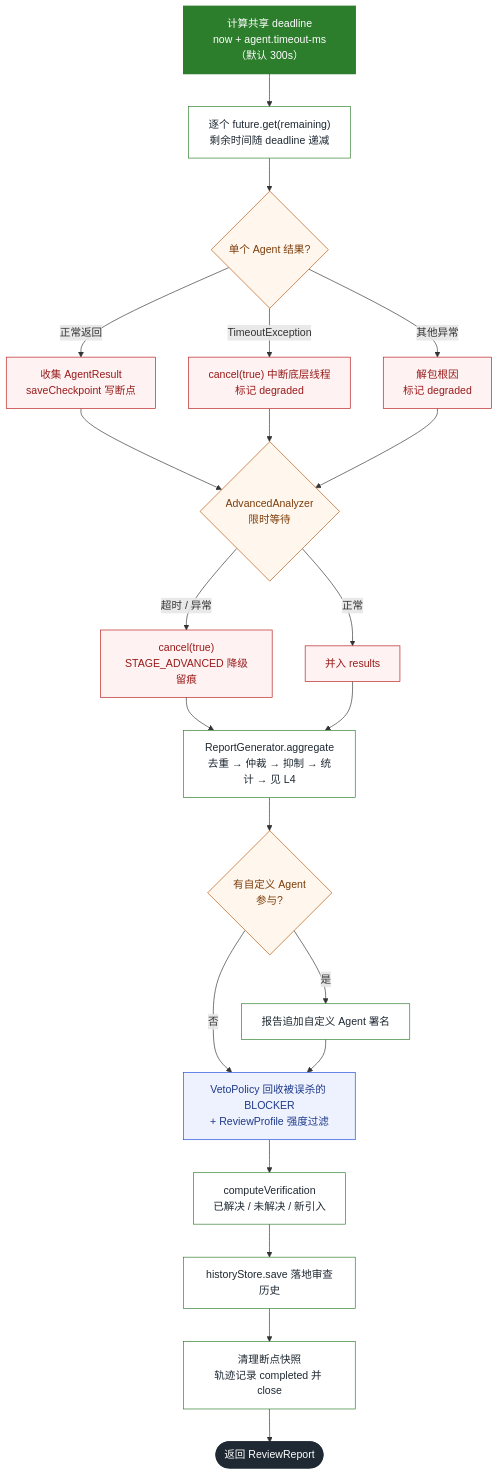
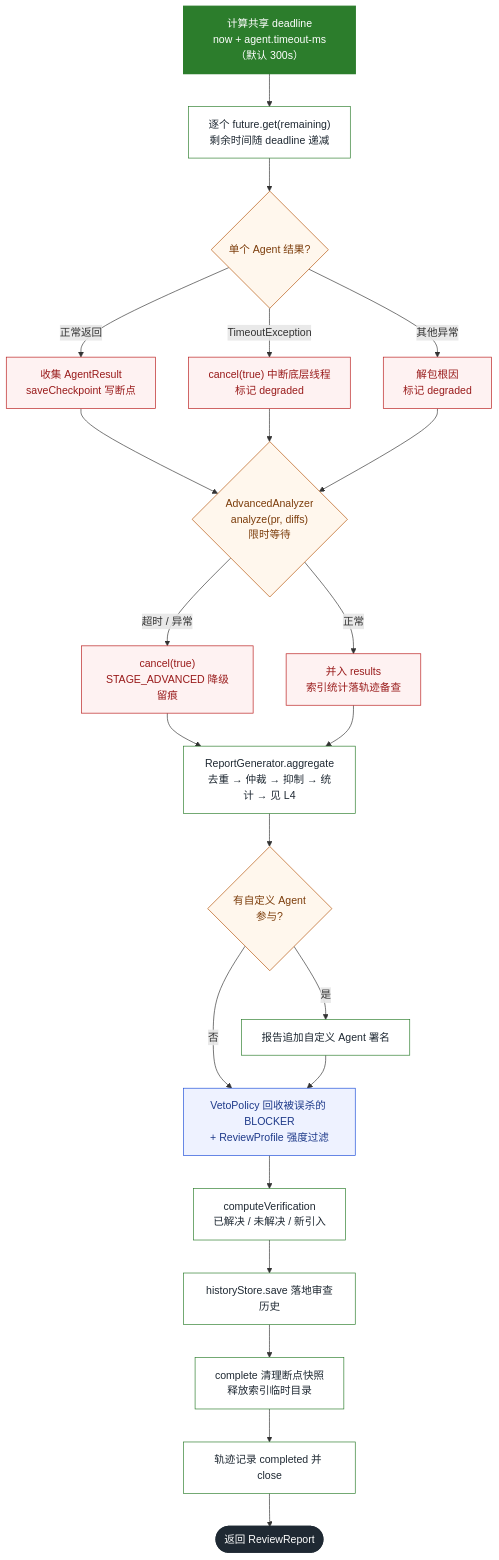
Before and after one commit to 13liyunfei/code-review-agent: the diagram in docs/diagrams/l2b-timeout-aggregate.mmd, drawn with Mermaid. The commit also changed 10 other files, not shown here.

First line of the commit message:
docs: 图集同步项目近期演进，新增影响面分析专图（11 → 12 张）

```diff
--- a/docs/diagrams/l2b-timeout-aggregate.mmd
+++ b/docs/diagrams/l2b-timeout-aggregate.mmd
@@ -1,40 +1,41 @@
 flowchart TD
     DL["计算共享 deadline<br/>now + agent.timeout-ms（默认 300s）"] --> GT["逐个 future.get(remaining)<br/>剩余时间随 deadline 递减"]
 
     GT --> GT1{"单个 Agent 结果?"}
     GT1 -->|"正常返回"| GT2["收集 AgentResult<br/>saveCheckpoint 写断点"]
     GT1 -->|"TimeoutException"| GT3["cancel(true) 中断底层线程<br/>标记 degraded"]
     GT1 -->|"其他异常"| GT4["解包根因<br/>标记 degraded"]
 
-    GT2 --> ADV2{"AdvancedAnalyzer<br/>限时等待"}
+    GT2 --> ADV2{"AdvancedAnalyzer<br/>analyze(pr, diffs)<br/>限时等待"}
     GT3 --> ADV2
     GT4 --> ADV2
     ADV2 -->|"超时 / 异常"| ADV3["cancel(true)<br/>STAGE_ADVANCED 降级留痕"]
-    ADV2 -->|"正常"| ADV4["并入 results"]
+    ADV2 -->|"正常"| ADV4["并入 results<br/>索引统计落轨迹备查"]
 
     ADV3 --> AGG
     ADV4 --> AGG
     AGG["ReportGenerator.aggregate<br/>去重 → 仲裁 → 抑制 → 统计 → 见 L4"]
 
     AGG --> CUS{"有自定义 Agent<br/>参与?"}
     CUS -->|"是"| CUS1["报告追加自定义 Agent 署名"]
     CUS -->|"否"| VP
     CUS1 --> VP
 
     VP["VetoPolicy 回收被误杀的 BLOCKER<br/>+ ReviewProfile 强度过滤"] --> VER["computeVerification<br/>已解决 / 未解决 / 新引入"]
     VER --> HS["historyStore.save 落地审查历史"]
-    HS --> CP["清理断点快照<br/>轨迹记录 completed 并 close"]
-    CP --> R(["返回 ReviewReport"])
+    HS --> CP["complete 清理断点快照<br/>释放索引临时目录"]
+    CP --> TP["轨迹记录 completed 并 close"]
+    TP --> R(["返回 ReviewReport"])
 
     classDef start fill:#2c7d2c,stroke:#2c7d2c,stroke-width:2px,color:#fff;
     classDef endn fill:#1f2933,stroke:#1f2933,stroke-width:2px,color:#fff;
     classDef proc fill:#FFFFFF,stroke:#2c7d2c,stroke-width:1px,color:#1f2933;
     classDef dec fill:#FFF7ED,stroke:#b45309,stroke-width:1px,color:#7c3d0b;
     classDef warn fill:#FEF2F2,stroke:#b91c1c,stroke-width:1px,color:#991b1b;
     classDef enhance fill:#EEF2FF,stroke:#1d4ed8,stroke-width:1px,color:#1e3a8a;
     class DL start;
     class R endn;
-    class GT,AGG,CUS1,VER,HS,CP proc;
+    class GT,AGG,CUS1,VER,HS,CP,TP proc;
     class GT1,ADV2,CUS dec;
     class GT2,GT3,GT4,ADV3,ADV4 warn;
     class VP enhance;
```
